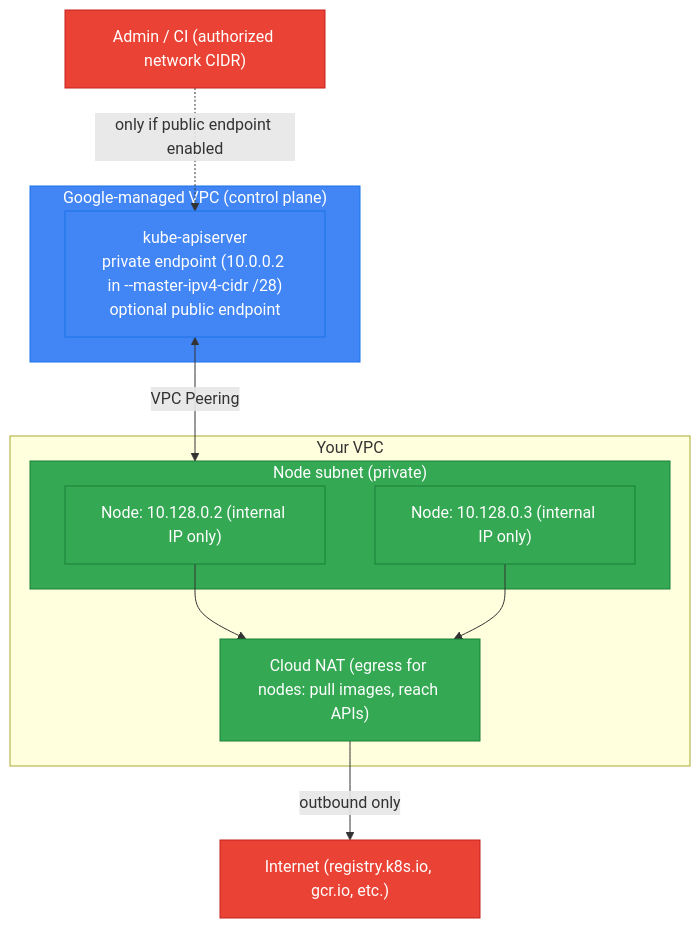
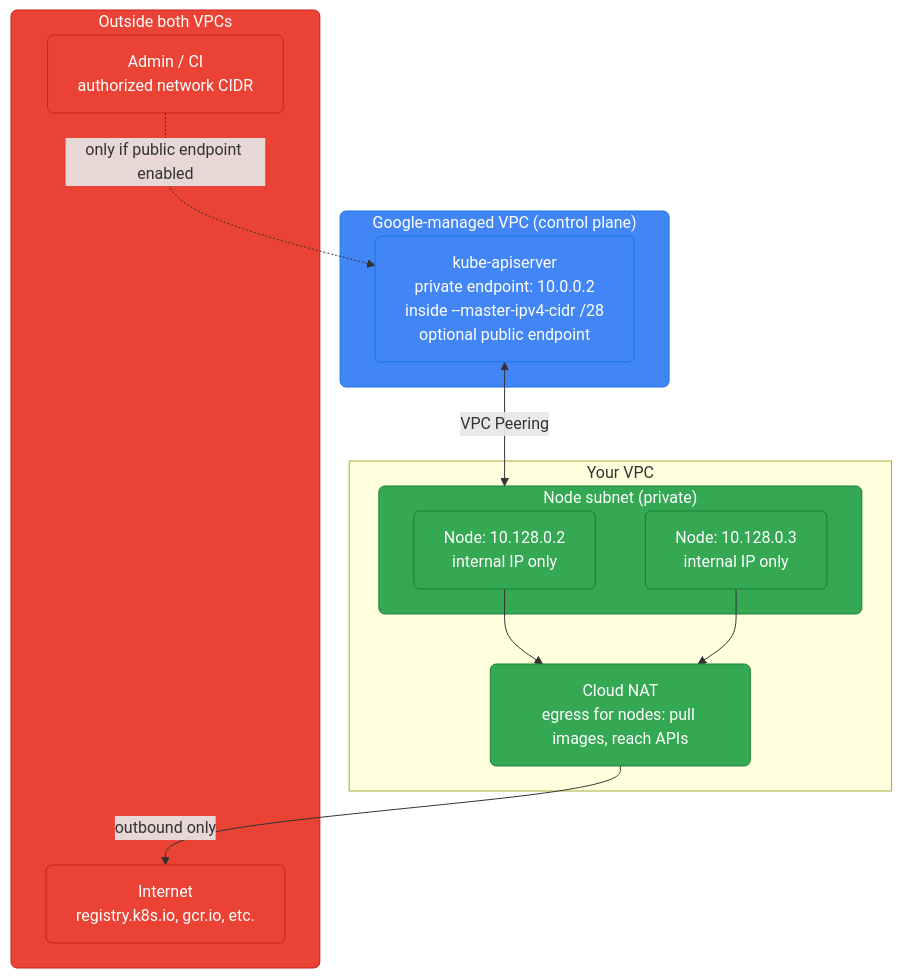
The fifth of 7 diagrams in gcp/gke.md (deepanshu-rawat6/DevOpsIndex), drawn with Mermaid before and after one commit. The commit also changed other lines of this file and 14 other files, not shown here.

````diff
--- a/gcp/gke.md
+++ b/gcp/gke.md
@@ -115,28 +234,32 @@
 ```mermaid
 graph TD
     subgraph GVPC["Google-managed VPC (control plane)"]
-        CP["kube-apiserver<br>private endpoint (10.0.0.2 in --master-ipv4-cidr /28)<br>optional public endpoint"]
+        CP["kube-apiserver<br/>private endpoint: 10.0.0.2<br/>inside --master-ipv4-cidr /28<br/>optional public endpoint"]
     end
 
     subgraph YOURVPC["Your VPC"]
         subgraph SUBNET["Node subnet (private)"]
-            N1["Node: 10.128.0.2 (internal IP only)"]
-            N2["Node: 10.128.0.3 (internal IP only)"]
+            N1["Node: 10.128.0.2<br/>internal IP only"]
+            N2["Node: 10.128.0.3<br/>internal IP only"]
         end
-        NAT["Cloud NAT (egress for nodes: pull images, reach APIs)"]
+        NAT["Cloud NAT<br/>egress for nodes: pull images, reach APIs"]
+    end
+
+    subgraph EXTERNAL["Outside both VPCs"]
+        INTERNET["Internet<br/>registry.k8s.io, gcr.io, etc."]
+        ADMIN["Admin / CI<br/>authorized network CIDR"]
     end
 
     CP <-->|"VPC Peering"| SUBNET
     N1 --> NAT
     N2 --> NAT
-    NAT -->|"outbound only"| INTERNET["Internet (registry.k8s.io, gcr.io, etc.)"]
+    NAT -->|"outbound only"| INTERNET
+    ADMIN -.->|"only if public endpoint enabled"| CP
 
-    ADMIN["Admin / CI (authorized network CIDR)"] -.->|"only if public endpoint enabled"| CP
-
-    classDef google fill:#4285F4,stroke:#1a73e8,color:#fff
-    classDef yours fill:#34A853,stroke:#188038,color:#fff
-    classDef ext fill:#EA4335,stroke:#c5221f,color:#fff
+    classDef google fill:#4285F4,stroke:#1a73e8,color:#fff,rx:6
+    classDef yours fill:#34A853,stroke:#188038,color:#fff,rx:6
+    classDef ext fill:#EA4335,stroke:#c5221f,color:#fff,rx:6
     class CP,GVPC google
     class N1,N2,NAT,SUBNET yours
-    class INTERNET,ADMIN ext
+    class INTERNET,ADMIN,EXTERNAL ext
 ```
````
